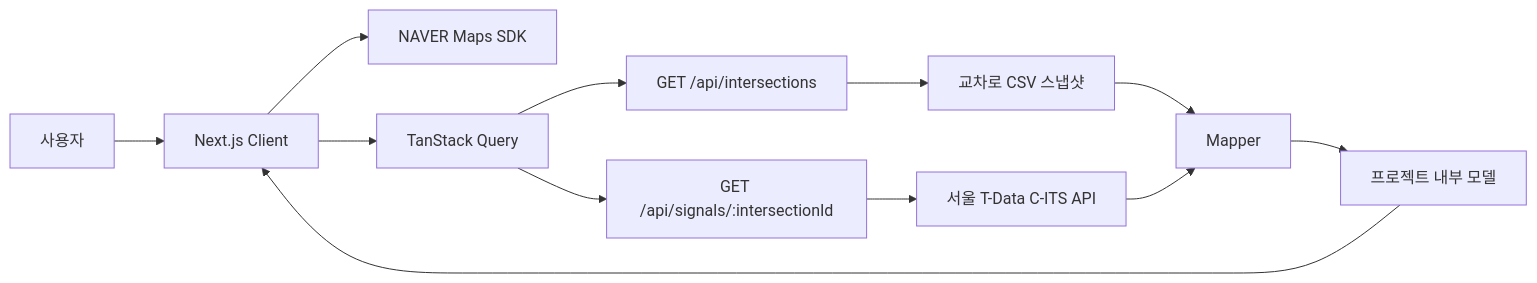
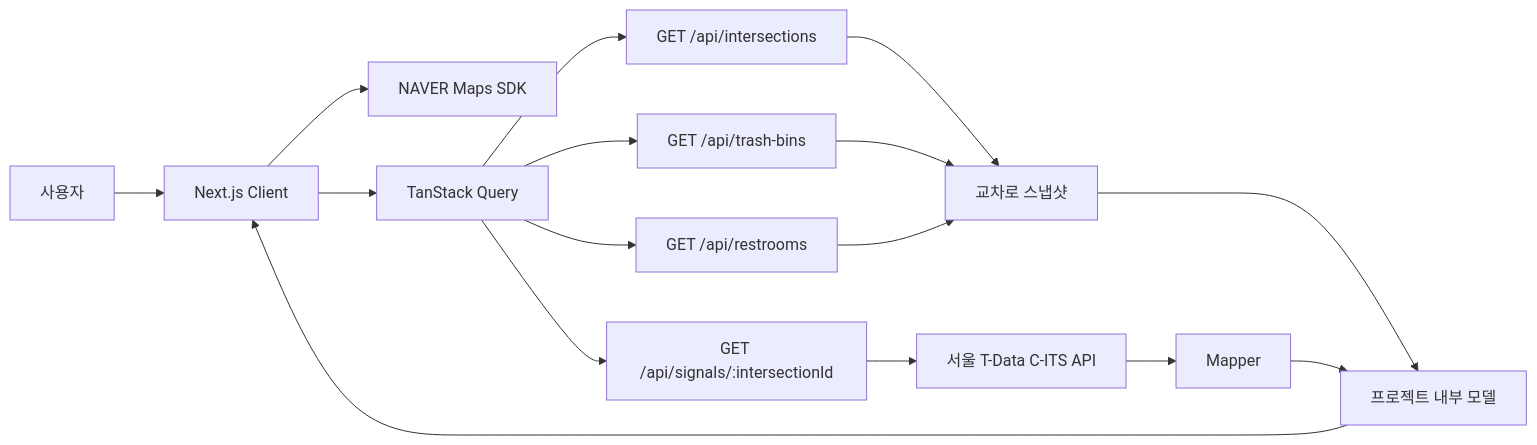
The diagram in README.md (rladudtjr871/GreenGreen), drawn with Mermaid before and after one commit. The commit also changed other lines of this file and 4 other files, not shown here.

````diff
--- a/README.md
+++ b/README.md
@@ -50,17 +68,21 @@
 ```mermaid
 flowchart LR
     U[사용자] --> UI[Next.js Client]
     UI --> MAP[NAVER Maps SDK]
     UI --> QUERY[TanStack Query]
 
     QUERY --> IR["GET /api/intersections"]
     QUERY --> SR["GET /api/signals/:intersectionId"]
+    QUERY --> TR["GET /api/trash-bins"]
+    QUERY --> RR["GET /api/restrooms"]
 
-    IR --> SNAPSHOT[교차로 CSV 스냅샷]
+    IR --> SNAPSHOT[교차로 스냅샷]
+    TR --> SNAPSHOT
+    RR --> SNAPSHOT
     SR --> TDATA[서울 T-Data C-ITS API]
 
-    SNAPSHOT --> MAPPER[Mapper]
-    TDATA --> MAPPER
+    SNAPSHOT --> MODEL
+    TDATA --> MAPPER[Mapper]
     MAPPER --> MODEL[프로젝트 내부 모델]
     MODEL --> UI
 ```
````
